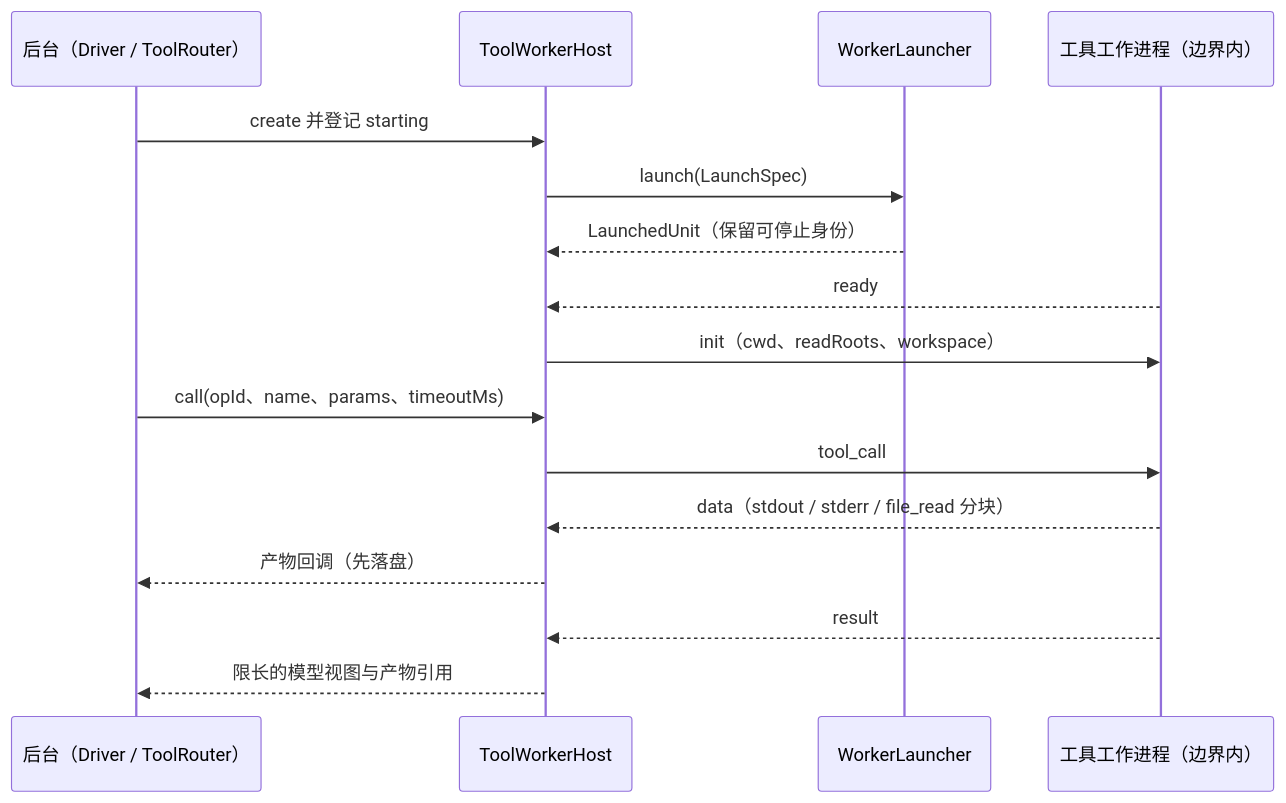
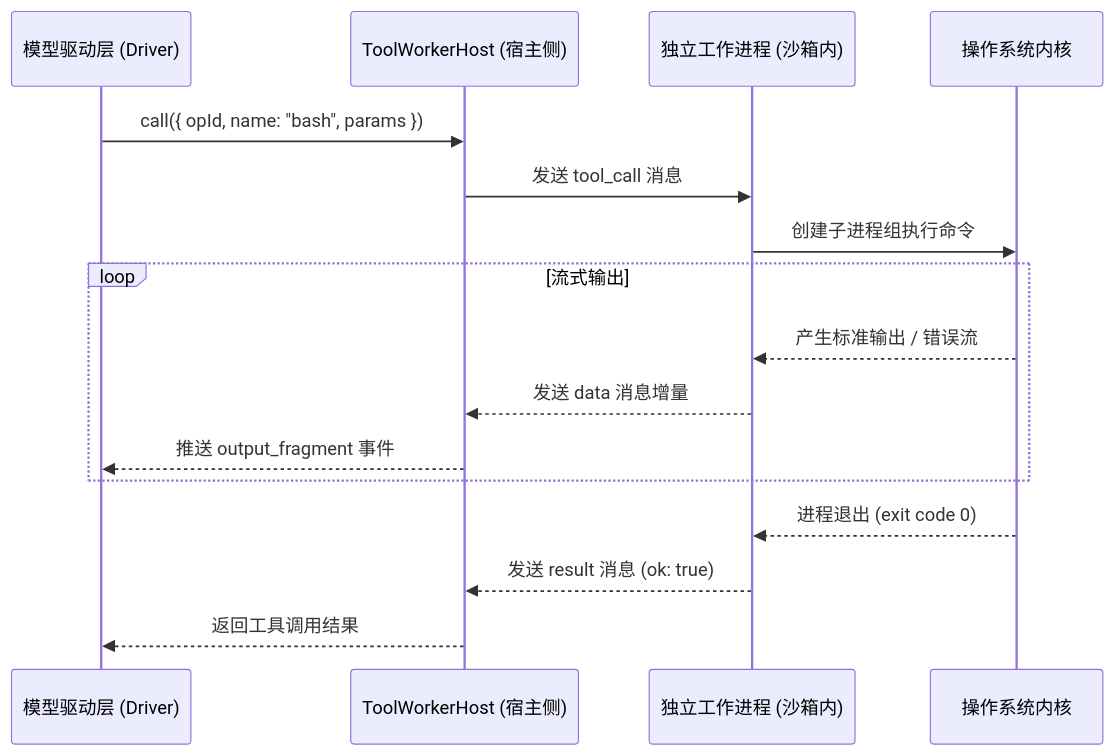
Before and after one commit to num-lab/Ruukoto: the second of 2 diagrams in docs/modules/execution.md, drawn with Mermaid. The commit also changed other lines of this file and 19 other files, not shown here.

````diff
--- a/docs/modules/execution.md
+++ b/docs/modules/execution.md
@@ -118,18 +76,19 @@
 ```mermaid
 sequenceDiagram
-  participant RT as 后台（Driver / ToolRouter）
-  participant H as ToolWorkerHost
-  participant L as WorkerLauncher
-  participant W as 工具工作进程（边界内）
-  RT->>H: create 并登记 starting
-  H->>L: launch(LaunchSpec)
-  L-->>H: LaunchedUnit（保留可停止身份）
-  W-->>H: ready
-  H->>W: init（cwd、readRoots、workspace）
-  RT->>H: call(opId、name、params、timeoutMs)
-  H->>W: tool_call
-  W-->>H: data（stdout / stderr / file_read 分块）
-  H-->>RT: 产物回调（先落盘）
-  W-->>H: result
-  H-->>RT: 限长的模型视图与产物引用
+  participant Driver as 模型驱动层 (Driver)
+  participant Host as ToolWorkerHost (宿主侧)
+  participant Worker as 独立工作进程 (沙箱内)
+  participant OS as 操作系统内核
+
+  Driver->>Host: call({ opId, name: "bash", params })
+  Host->>Worker: 发送 tool_call 消息
+  Worker->>OS: 创建子进程组执行命令
+  loop 流式输出
+    OS-->>Worker: 产生标准输出 / 错误流
+    Worker-->>Host: 发送 data 消息增量
+    Host-->>Driver: 推送 output_fragment 事件
+  end
+  OS-->>Worker: 进程退出 (exit code 0)
+  Worker-->>Host: 发送 result 消息 (ok: true)
+  Host-->>Driver: 返回工具调用结果
 ```
````
